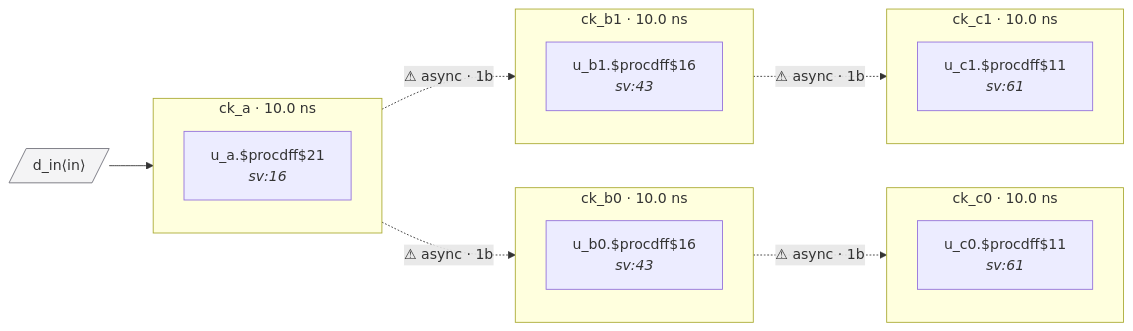
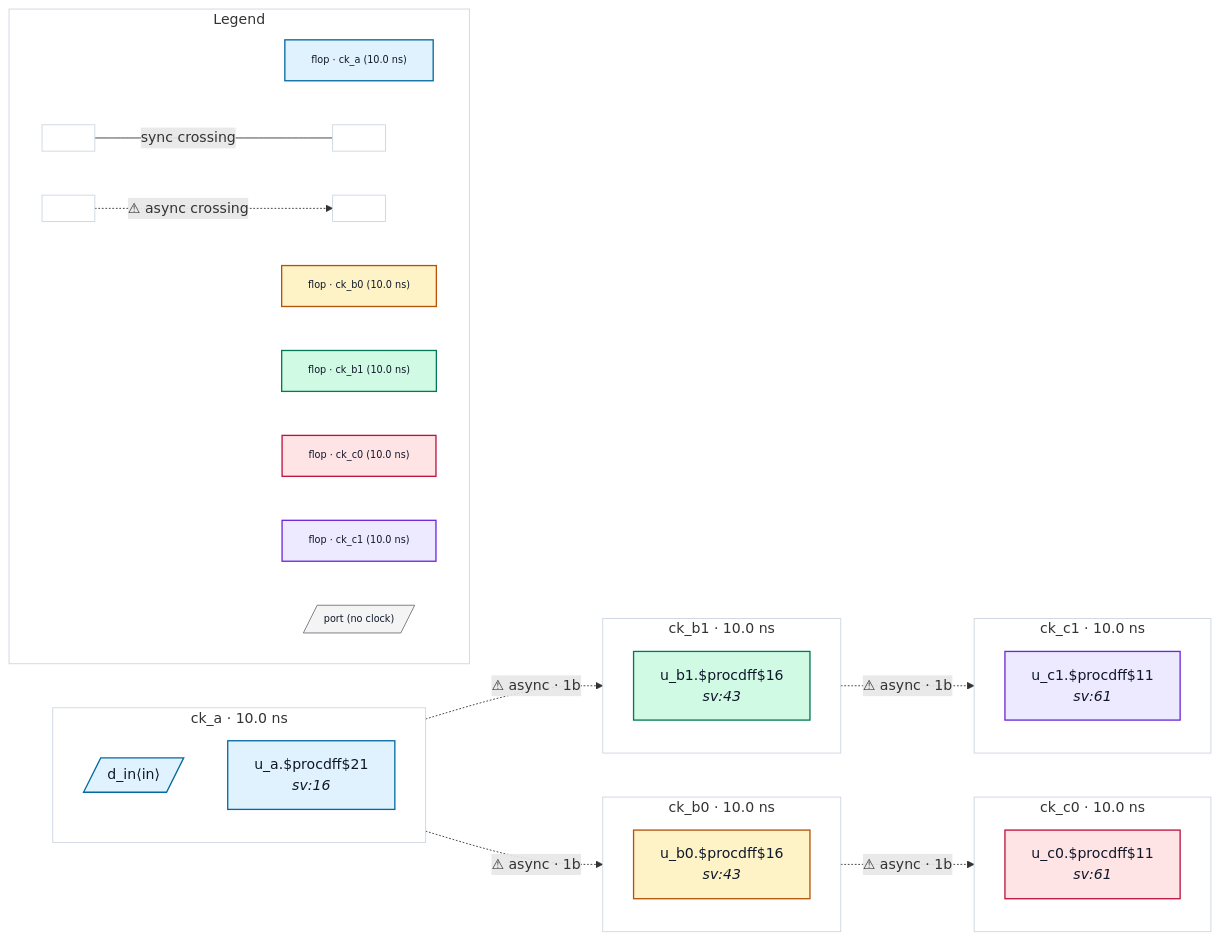
One commit to rtl-buddy/rtl-buddy-cdc changed the diagram in tests/fixtures/bad_source_sync_internal/README.md. Above: the diagram before and after it, drawn with Mermaid. The commit also changed 71 other files, not shown here.

First line of the commit message:
Refresh fixture READMEs + render iterations (colors, legend, nested ports, clock-net edges)

````diff
--- a/tests/fixtures/bad_source_sync_internal/README.md
+++ b/tests/fixtures/bad_source_sync_internal/README.md
@@ -14,31 +14,67 @@
 ```mermaid
 %% bad_source_sync_internal — generated by rtl-buddy-cdc render
 flowchart LR
   subgraph clk_ck_a["ck_a · 10.0 ns"]
     direction TB
-    f_ab3834fd["u_a.$procdff$21<br/><i>sv:16</i>"]
+    p_in_d_in[/"d_in⟨in⟩"/]:::ckcls_ck_a
+    f_ab3834fd["u_a.$procdff$21<br/><i>sv:16</i>"]:::ckcls_ck_a
   end
   subgraph clk_ck_b0["ck_b0 · 10.0 ns"]
     direction TB
-    f_3256a91c["u_b0.$procdff$16<br/><i>sv:43</i>"]
+    f_3256a91c["u_b0.$procdff$16<br/><i>sv:43</i>"]:::ckcls_ck_b0
   end
   subgraph clk_ck_b1["ck_b1 · 10.0 ns"]
     direction TB
-    f_13882d6f["u_b1.$procdff$16<br/><i>sv:43</i>"]
+    f_13882d6f["u_b1.$procdff$16<br/><i>sv:43</i>"]:::ckcls_ck_b1
   end
   subgraph clk_ck_c0["ck_c0 · 10.0 ns"]
     direction TB
-    f_87345eb9["u_c0.$procdff$11<br/><i>sv:61</i>"]
+    f_87345eb9["u_c0.$procdff$11<br/><i>sv:61</i>"]:::ckcls_ck_c0
   end
   subgraph clk_ck_c1["ck_c1 · 10.0 ns"]
     direction TB
-    f_68402708["u_c1.$procdff$11<br/><i>sv:61</i>"]
+    f_68402708["u_c1.$procdff$11<br/><i>sv:61</i>"]:::ckcls_ck_c1
   end
-  p_in_d_in[/"d_in⟨in⟩"/]:::port
-  p_in_d_in --> f_ab3834fd
   f_ab3834fd -. "⚠ async · 1b" .-> f_3256a91c
   f_ab3834fd -. "⚠ async · 1b" .-> f_13882d6f
   f_3256a91c -. "⚠ async · 1b" .-> f_87345eb9
   f_13882d6f -. "⚠ async · 1b" .-> f_68402708
-  classDef port fill:#f4f4f5,stroke:#71717a
+  subgraph rb_legend["Legend"]
+    direction LR
+    lg_clk_ck_a["flop · ck_a (10.0 ns)"]:::ckcls_ck_a
+    lg_clk_ck_b0["flop · ck_b0 (10.0 ns)"]:::ckcls_ck_b0
+    lg_clk_ck_b1["flop · ck_b1 (10.0 ns)"]:::ckcls_ck_b1
+    lg_clk_ck_c0["flop · ck_c0 (10.0 ns)"]:::ckcls_ck_c0
+    lg_clk_ck_c1["flop · ck_c1 (10.0 ns)"]:::ckcls_ck_c1
+    lg_port[/"port (no clock)"/]:::port_unassigned
+    lg_sync_a[" "]:::ckcls_legend_neutral
+    lg_sync_b[" "]:::ckcls_legend_neutral
+    lg_async_a[" "]:::ckcls_legend_neutral
+    lg_async_b[" "]:::ckcls_legend_neutral
+    lg_sync_a --- |"sync crossing"| lg_sync_b
+    lg_async_a -. "⚠ async crossing" .-> lg_async_b
+  end
+  style clk_ck_a fill:none,stroke:#cbd5e1
+  style clk_ck_b0 fill:none,stroke:#cbd5e1
+  style clk_ck_b1 fill:none,stroke:#cbd5e1
+  style clk_ck_c0 fill:none,stroke:#cbd5e1
+  style clk_ck_c1 fill:none,stroke:#cbd5e1
+  style rb_legend fill:none,stroke:#cbd5e1
+  style lg_clk_ck_a font-size:11px
+  style lg_clk_ck_b0 font-size:11px
+  style lg_clk_ck_b1 font-size:11px
+  style lg_clk_ck_c0 font-size:11px
+  style lg_clk_ck_c1 font-size:11px
+  style lg_port font-size:11px
+  style lg_sync_a font-size:11px
+  style lg_sync_b font-size:11px
+  style lg_async_a font-size:11px
+  style lg_async_b font-size:11px
+  classDef ckcls_ck_a fill:#e0f2fe,stroke:#0369a1,stroke-width:1.5px,color:#0f172a
+  classDef ckcls_ck_b0 fill:#fef3c7,stroke:#b45309,stroke-width:1.5px,color:#0f172a
+  classDef ckcls_ck_b1 fill:#d1fae5,stroke:#047857,stroke-width:1.5px,color:#0f172a
+  classDef ckcls_ck_c0 fill:#ffe4e6,stroke:#be123c,stroke-width:1.5px,color:#0f172a
+  classDef ckcls_ck_c1 fill:#ede9fe,stroke:#6d28d9,stroke-width:1.5px,color:#0f172a
+  classDef port_unassigned fill:#f4f4f5,stroke:#71717a,color:#0f172a
+  classDef ckcls_legend_neutral fill:#ffffff,stroke:#cbd5e1,stroke-width:1px,color:#0f172a
 ```
````
